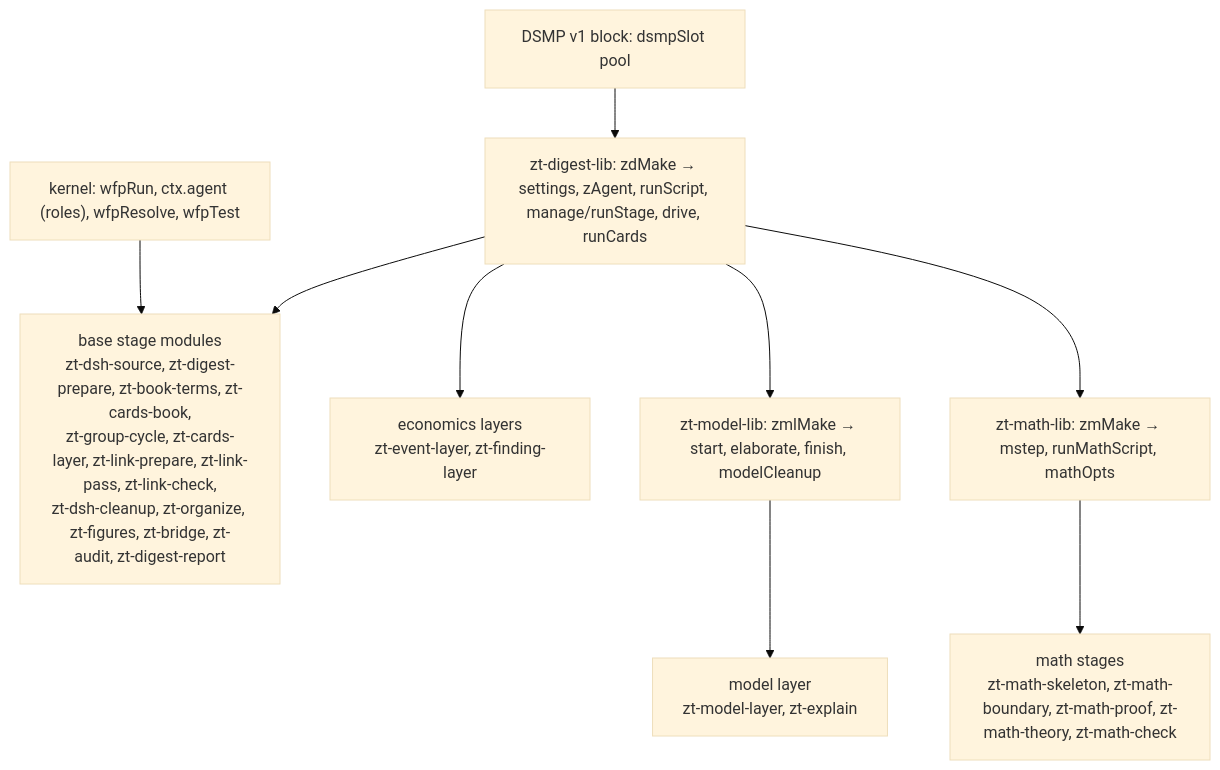
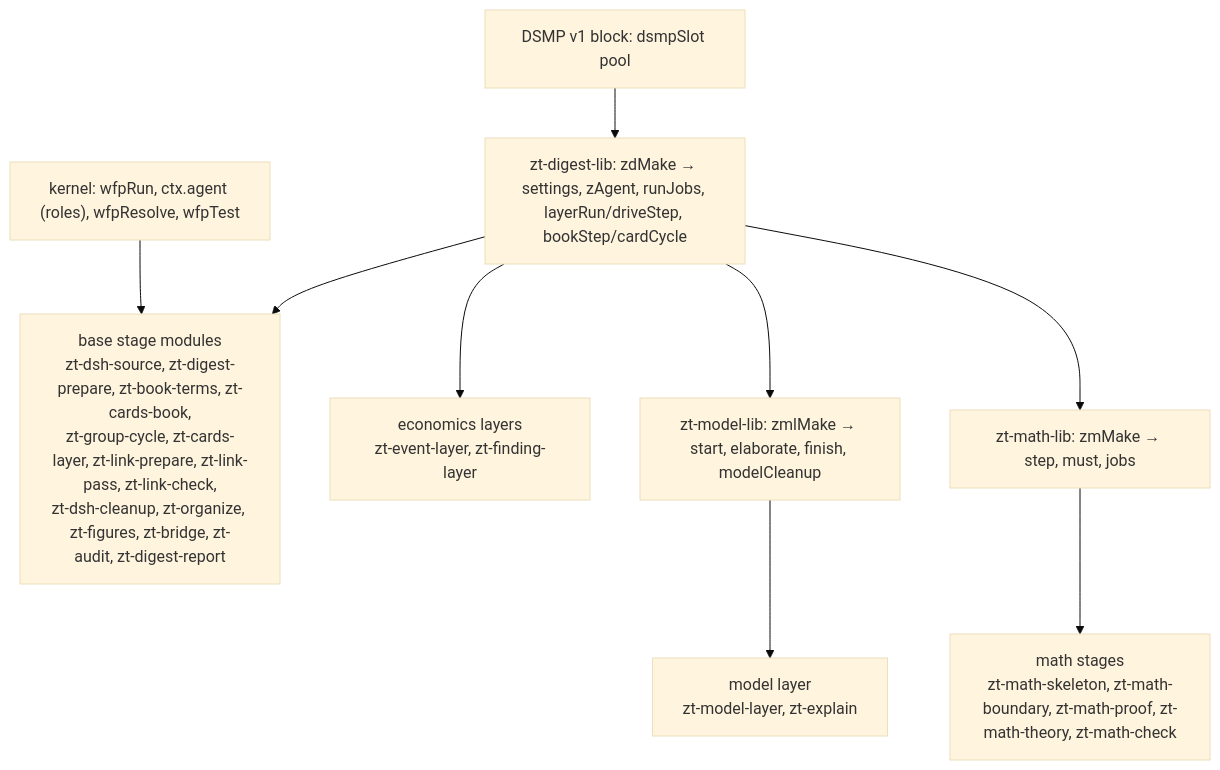
The second of 2 diagrams in docs/wiki/digest-workflows.md (liudesheng9/zet), drawn with Mermaid (base theme) before and after one commit. The commit also changed other lines of this file and 35 other files, not shown here.

First line of the commit message:
Run the mathematics stages' chains as script steps (#178)

````diff
--- a/docs/wiki/digest-workflows.md
+++ b/docs/wiki/digest-workflows.md
@@ -120,18 +120,18 @@
 ```mermaid
 flowchart TB
   K["kernel: wfpRun, ctx.agent (roles), wfpResolve, wfpTest"]
   DSMP["DSMP v1 block: dsmpSlot pool"]
-  ZD["zt-digest-lib: zdMake → settings, zAgent, runScript, manage/runStage, drive, runCards"]
+  ZD["zt-digest-lib: zdMake → settings, zAgent, runJobs, layerRun/driveStep, bookStep/cardCycle"]
   ZML["zt-model-lib: zmlMake → start, elaborate, finish, modelCleanup"]
-  ZM["zt-math-lib: zmMake → mstep, runMathScript, mathOpts"]
+  ZM["zt-math-lib: zmMake → step, must, jobs"]
   S1["base stage modules<br/>zt-dsh-source, zt-digest-prepare, zt-book-terms, zt-cards-book,<br/>zt-group-cycle, zt-cards-layer, zt-link-prepare, zt-link-pass, zt-link-check,<br/>zt-dsh-cleanup, zt-organize, zt-figures, zt-bridge, zt-audit, zt-digest-report"]
   S2["model layer<br/>zt-model-layer, zt-explain"]
   S3["economics layers<br/>zt-event-layer, zt-finding-layer"]
   S4["math stages<br/>zt-math-skeleton, zt-math-boundary, zt-math-proof, zt-math-theory, zt-math-check"]
   K --> S1
   DSMP --> ZD
   ZD --> S1
   ZD --> S3
   ZD --> ZML --> S2
   ZD --> ZM --> S4
 ```
````
